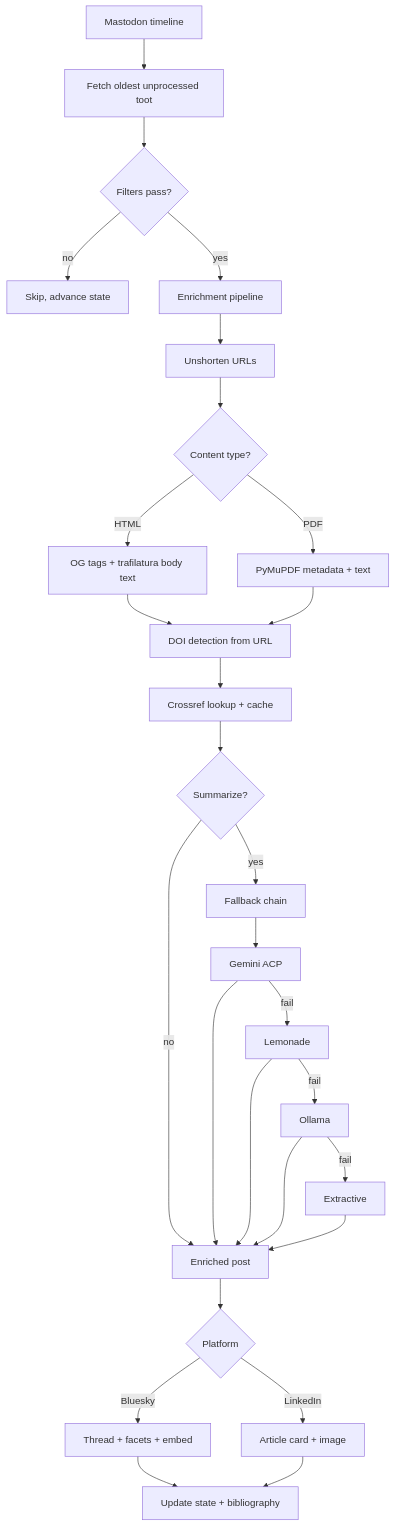
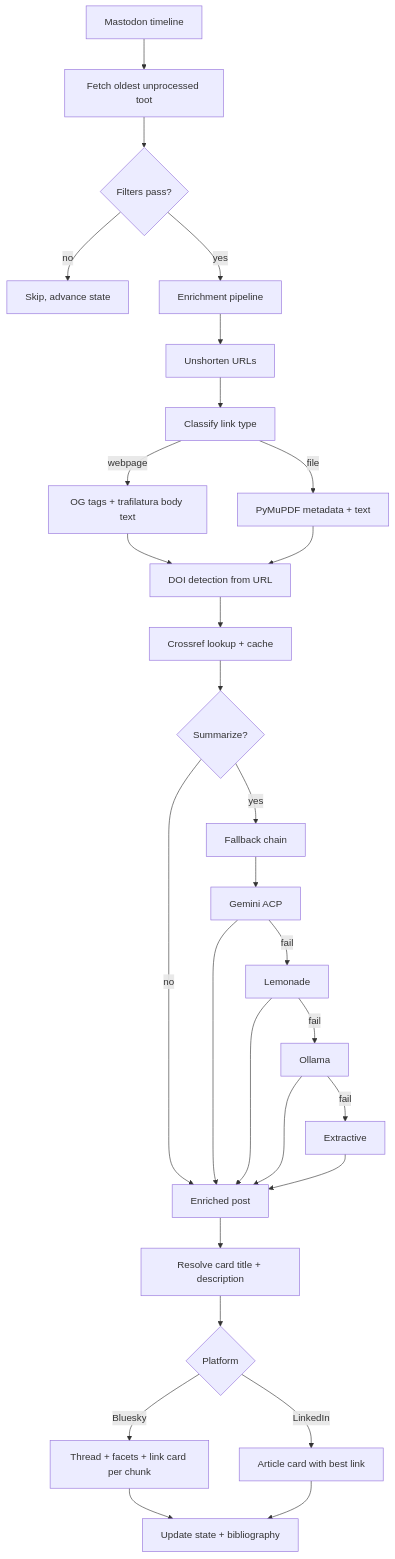
Before and after one commit to davdittrich/scholarposter: the diagram in README.md, drawn with Mermaid. The commit also changed other lines of this file and 18 other files, not shown here.

First line of the commit message:
feat: place summaries in link card descriptions, not post text

````diff
--- a/README.md
+++ b/README.md
@@ -19,28 +19,29 @@
 ```mermaid
 flowchart TD
     A[Mastodon timeline] --> B[Fetch oldest unprocessed toot]
     B --> C{Filters pass?}
     C -->|no| D[Skip, advance state]
     C -->|yes| E[Enrichment pipeline]
 
     E --> E1[Unshorten URLs]
-    E1 --> E2{Content type?}
-    E2 -->|HTML| E3[OG tags + trafilatura body text]
-    E2 -->|PDF| E4[PyMuPDF metadata + text]
+    E1 --> E1a[Classify link type]
+    E1a -->|webpage| E3[OG tags + trafilatura body text]
+    E1a -->|file| E4[PyMuPDF metadata + text]
     E3 & E4 --> E5[DOI detection from URL]
     E5 --> E6[Crossref lookup + cache]
     E6 --> E7{Summarize?}
     E7 -->|yes| E8[Fallback chain]
     E7 -->|no| F
 
     E8 --> S1[Gemini ACP]
     S1 -->|fail| S2[Lemonade]
     S2 -->|fail| S3[Ollama]
     S3 -->|fail| S4[Extractive]
     S1 & S2 & S3 & S4 --> F
 
-    F[Enriched post] --> G{Platform}
-    G -->|Bluesky| H[Thread + facets + embed]
-    G -->|LinkedIn| I[Article card + image]
+    F[Enriched post] --> F1[Resolve card title + description]
+    F1 --> G{Platform}
+    G -->|Bluesky| H[Thread + facets + link card per chunk]
+    G -->|LinkedIn| I[Article card with best link]
     H & I --> J[Update state + bibliography]
 ```
````
